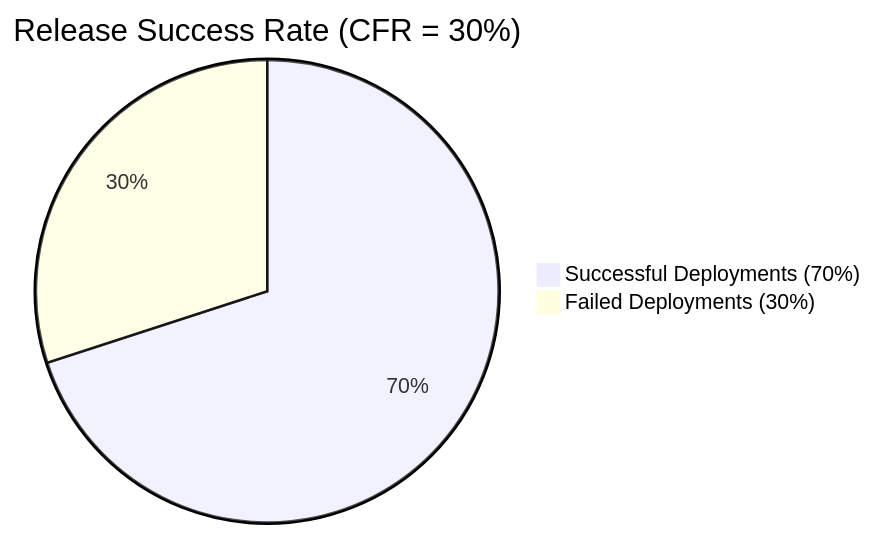
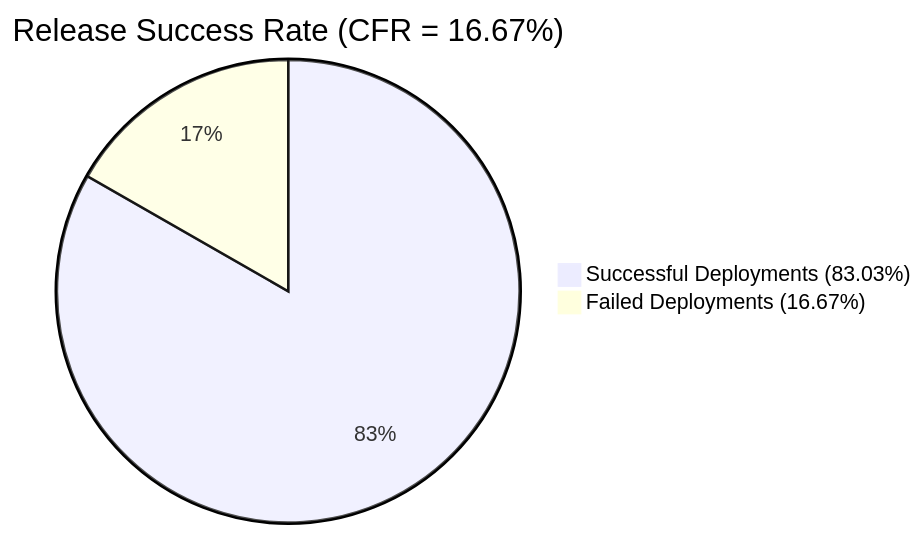
Before and after one commit to ukma-cs-ssdm-2025/team-bottleneck: the first of 2 diagrams in docs/ci-cd/dora-summary.md, drawn with Mermaid. The commit also changed other lines of this file and 210 other files, not shown here.

````diff
--- a/docs/ci-cd/dora-summary.md
+++ b/docs/ci-cd/dora-summary.md
@@ -16,6 +14,6 @@
 ```mermaid
 pie
-    title Release Success Rate (CFR = 30%)
-    "Successful Deployments (70%)" : 70
-    "Failed Deployments (30%)" : 30
+    title Release Success Rate (CFR = 16.67%)
+    "Successful Deployments (83.03%)" : 83.03
+    "Failed Deployments (16.67%)" : 16.67
 ```
````
